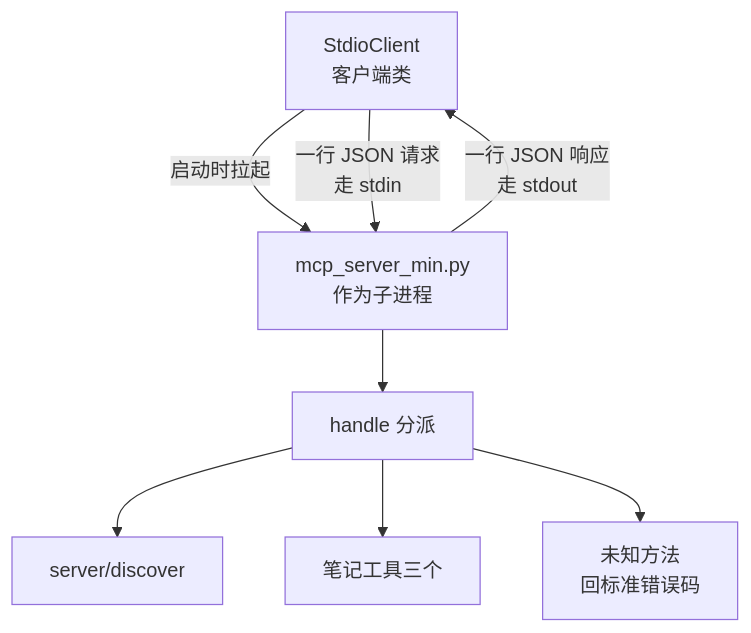
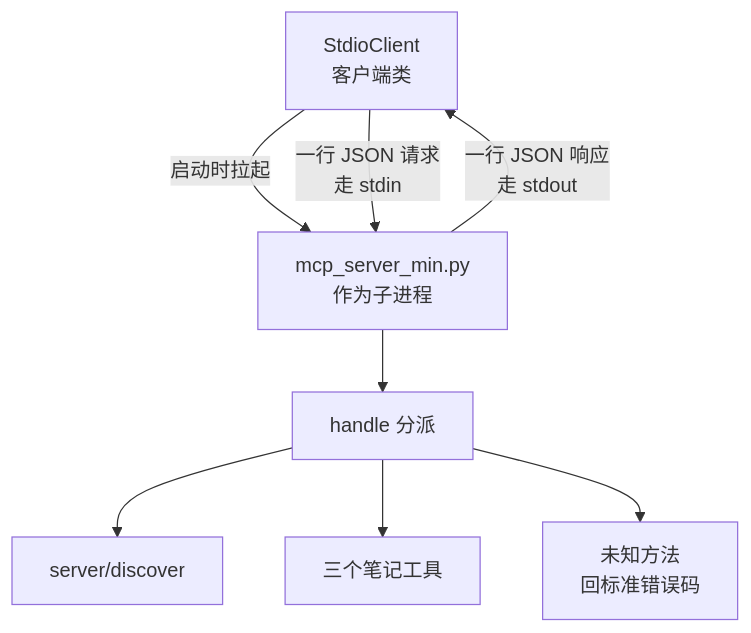
Before and after one commit to Laughingtt/agentkit: the third of 3 diagrams in part-4-harness工程/ch18-mcp协议.md, drawn with Mermaid. The commit also changed other lines of this file, not shown here.

First line of the commit message:
Ch18: 把"没有任何功能被移除"限定在弃用流程内，补上漏掉的第三项，对齐往返图，修掉两处指错的交叉引用

````diff
--- a/part-4-harness工程/ch18-mcp协议.md
+++ b/part-4-harness工程/ch18-mcp协议.md
@@ -379,10 +381,10 @@
 ```mermaid
 graph TD
     A["StdioClient<br/>客户端类"] -->|"启动时拉起"| B["mcp_server_min.py<br/>作为子进程"]
     A -->|"一行 JSON 请求<br/>走 stdin"| B
     B -->|"一行 JSON 响应<br/>走 stdout"| A
     B --> H["handle 分派"]
     H --> M1["server/discover"]
-    H --> M2["笔记工具三个"]
+    H --> M2["三个笔记工具"]
     H --> M3["未知方法<br/>回标准错误码"]
 ```
````
